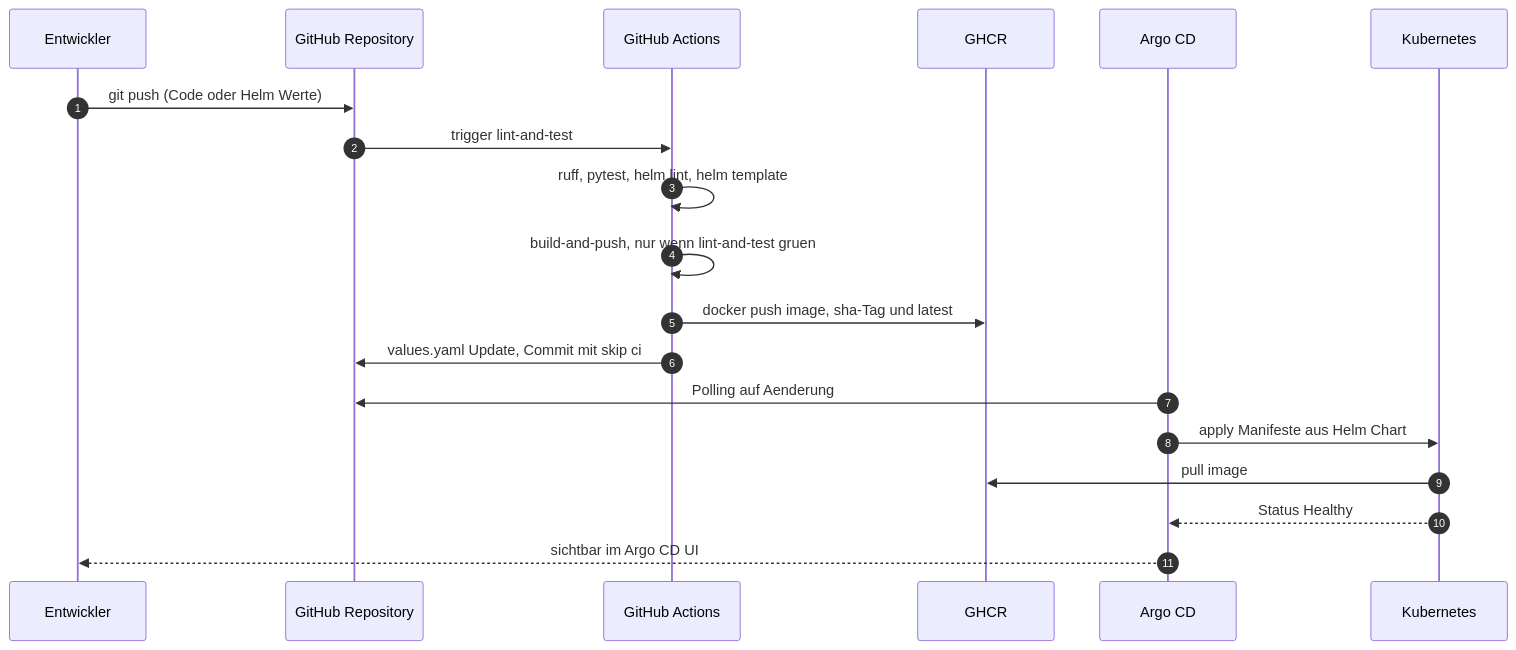
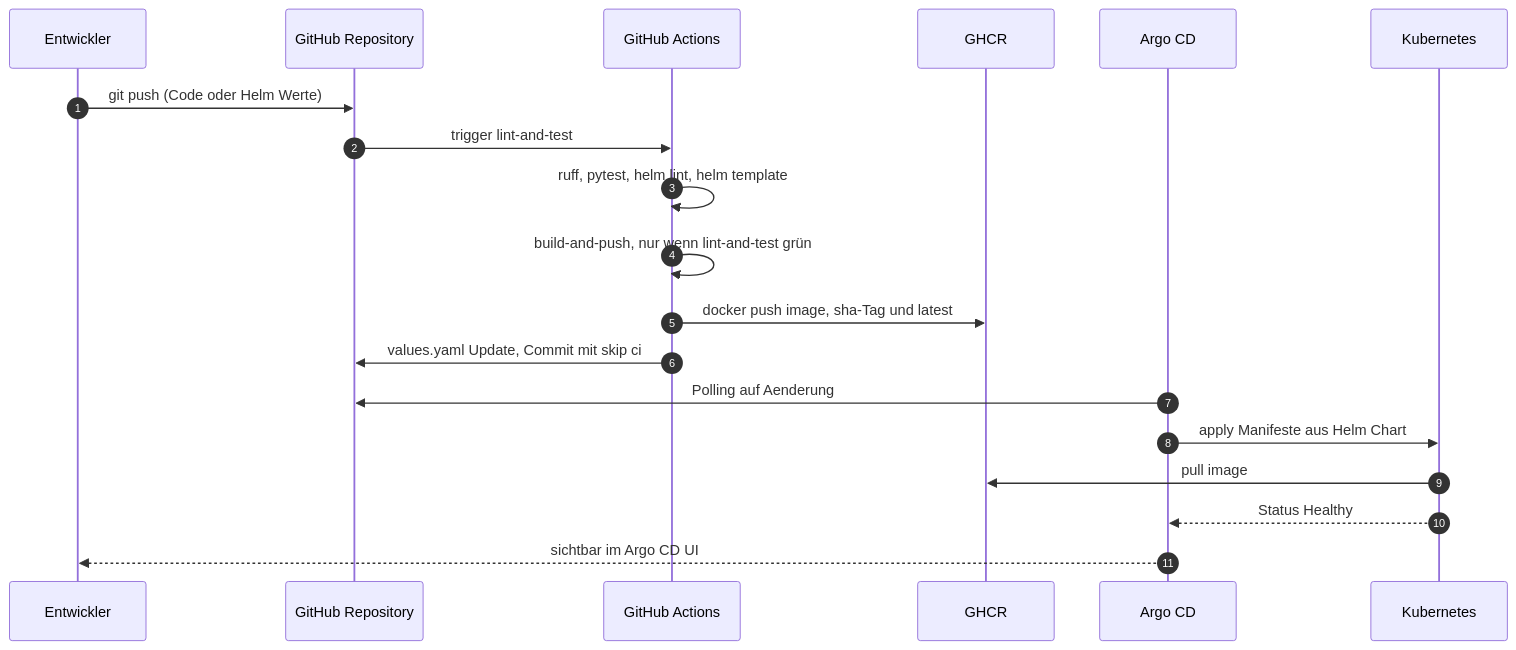
Before and after one commit to Cancani/gitops-platform-semesterarbeit5: the second of 2 diagrams in README.md, drawn with Mermaid. The commit also changed other lines of this file and 13 other files, not shown here.

````diff
--- a/README.md
+++ b/README.md
@@ -98,22 +98,22 @@
 ```mermaid
 sequenceDiagram
     autonumber
     participant Dev as Entwickler
     participant Git as GitHub Repository
     participant CI as GitHub Actions
     participant Reg as GHCR
     participant Argo as Argo CD
     participant K8s as Kubernetes
 
     Dev->>Git: git push (Code oder Helm Werte)
     Git->>CI: trigger lint-and-test
     CI->>CI: ruff, pytest, helm lint, helm template
-    CI->>CI: build-and-push, nur wenn lint-and-test gruen
+    CI->>CI: build-and-push, nur wenn lint-and-test grün
     CI->>Reg: docker push image, sha-Tag und latest
     CI->>Git: values.yaml Update, Commit mit skip ci
     Argo->>Git: Polling auf Aenderung
     Argo->>K8s: apply Manifeste aus Helm Chart
     K8s->>Reg: pull image
     K8s-->>Argo: Status Healthy
     Argo-->>Dev: sichtbar im Argo CD UI
 ```
````
